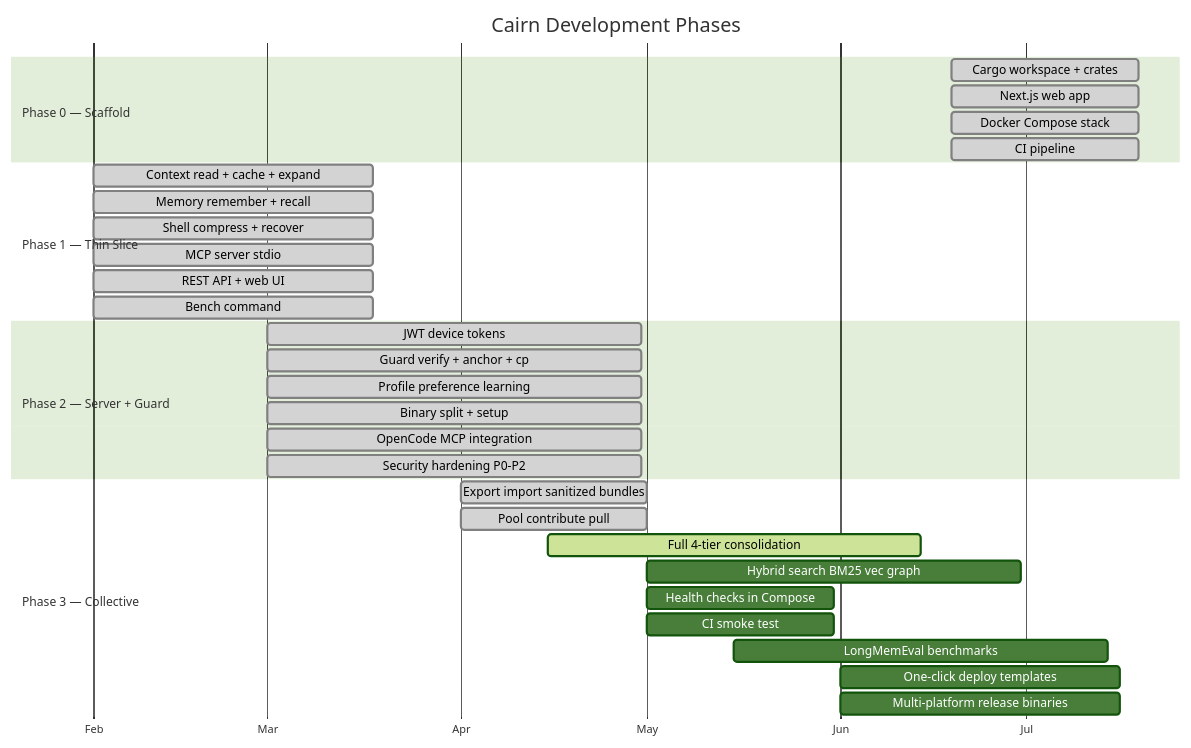
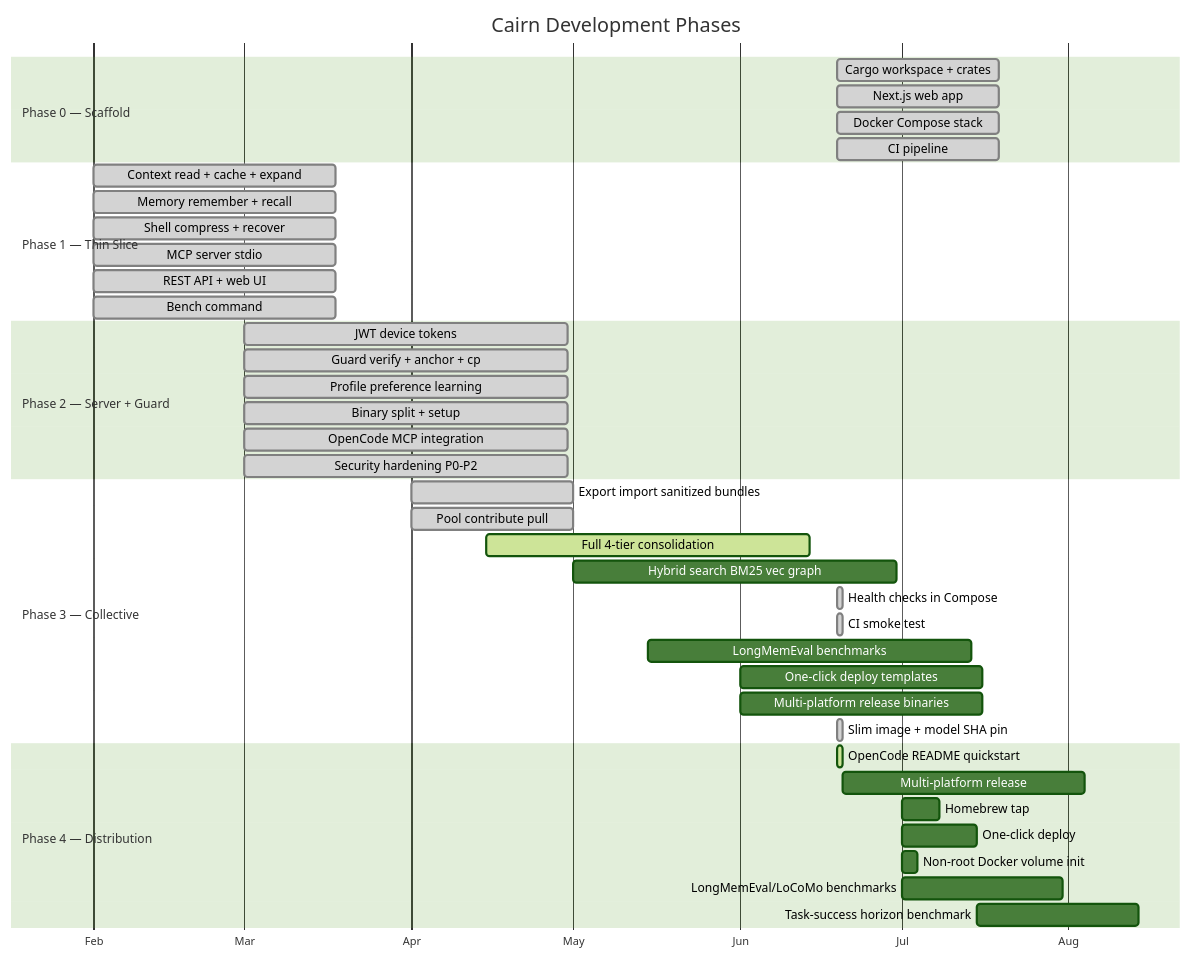
One commit to Vellixia/Cairn changed the diagram in docs/ROADMAP.md. Above: the diagram before and after it, drawn with Mermaid (forest theme). The commit also changed other lines of this file, not shown here.

First line of the commit message:
docs(roadmap): add Phase 4 (Distribution); re-sort Phase 3 by status

````diff
--- a/docs/ROADMAP.md
+++ b/docs/ROADMAP.md
@@ -5,39 +5,49 @@
 ```mermaid
 gantt
     title Cairn Development Phases
     dateFormat 2026-01-01
     axisFormat %b
 
     section Phase 0 — Scaffold
     Cargo workspace + crates       :done, p0a, 2026-01-01, 30d
     Next.js web app                :done, p0b, 2026-01-01, 30d
     Docker Compose stack           :done, p0c, 2026-01-01, 30d
     CI pipeline                    :done, p0d, 2026-01-01, 30d
 
     section Phase 1 — Thin Slice
     Context read + cache + expand  :done, p1a, 2026-02-01, 45d
     Memory remember + recall       :done, p1b, 2026-02-01, 45d
     Shell compress + recover       :done, p1c, 2026-02-01, 45d
     MCP server stdio               :done, p1d, 2026-02-01, 45d
     REST API + web UI              :done, p1e, 2026-02-01, 45d
     Bench command                  :done, p1f, 2026-02-01, 45d
 
     section Phase 2 — Server + Guard
     JWT device tokens              :done, p2a, 2026-03-01, 60d
     Guard verify + anchor + cp     :done, p2b, 2026-03-01, 60d
     Profile preference learning    :done, p2c, 2026-03-01, 60d
     Binary split + setup           :done, p2d, 2026-03-01, 60d
     OpenCode MCP integration       :done, p2e, 2026-03-01, 60d
     Security hardening P0-P2       :done, p2f, 2026-03-01, 60d
 
     section Phase 3 — Collective
     Export import sanitized bundles :done, p3a, 2026-04-01, 30d
     Pool contribute pull           :done, p3b, 2026-04-01, 30d
     Full 4-tier consolidation      :active, p3c, 2026-04-15, 60d
     Hybrid search BM25 vec graph   :p3d, 2026-05-01, 60d
-    Health checks in Compose       :p3e, 2026-05-01, 30d
-    CI smoke test                  :p3f, 2026-05-01, 30d
+    Health checks in Compose       :done, p3e, 2026-06-19, 1d
+    CI smoke test                  :done, p3f, 2026-06-19, 1d
     LongMemEval benchmarks         :p3g, 2026-05-15, 60d
     One-click deploy templates     :p3h, 2026-06-01, 45d
     Multi-platform release binaries :p3i, 2026-06-01, 45d
+    Slim image + model SHA pin     :done, p3j, 2026-06-19, 1d
+
+    section Phase 4 — Distribution
+    OpenCode README quickstart     :active, p4a, 2026-06-19, 1d
+    Multi-platform release         :p4b, 2026-06-20, 45d
+    Homebrew tap                   :p4c, 2026-07-01, 7d
+    One-click deploy               :p4d, 2026-07-01, 14d
+    Non-root Docker volume init    :p4e, 2026-07-01, 3d
+    LongMemEval/LoCoMo benchmarks  :p4f, 2026-07-01, 30d
+    Task-success horizon benchmark :p4g, 2026-07-15, 30d
 ```
````
